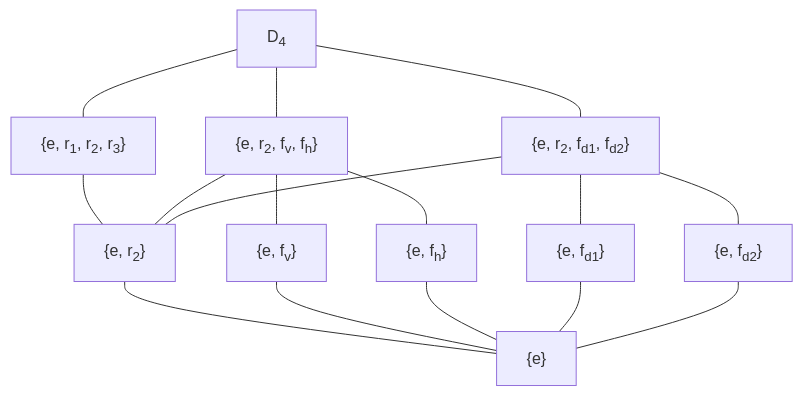
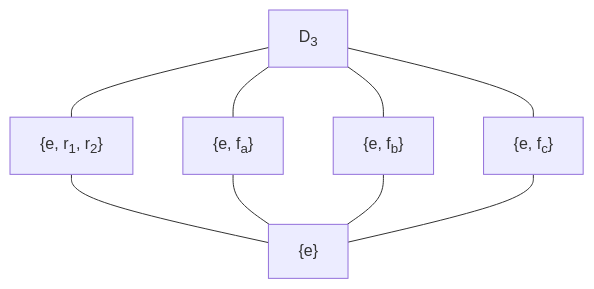
One commit to gwb-ci/math393 changed the third of 4 diagrams in classes/07/slides.qmd. Above: the diagram before and after it, drawn with Mermaid. The commit also changed other lines of this file and 36 other files, not shown here.

````diff
--- a/classes/07/slides.qmd
+++ b/classes/07/slides.qmd
@@ -452,35 +176,19 @@
 ```{mermaid}
 flowchart TB
-    D4["D<sub>4</sub>"]
-
-    R["{e, r<sub>1</sub>, r<sub>2</sub>, r<sub>3</sub>}"]
-    VH["{e, r<sub>2</sub>, f<sub>v</sub>, f<sub>h</sub>}"]
-    DD["{e, r<sub>2</sub>, f<sub>d1</sub>, f<sub>d2</sub>}"]
-
-    R2["{e, r<sub>2</sub>}"]
-    FV["{e, f<sub>v</sub>}"]
-    FH["{e, f<sub>h</sub>}"]
-    FD1["{e, f<sub>d1</sub>}"]
-    FD2["{e, f<sub>d2</sub>}"]
-
+    D3["D<sub>3</sub>"]
+    R["{e, r<sub>1</sub>, r<sub>2</sub>}"]
+    Fa["{e, f<sub>a</sub>}"]
+    Fb["{e, f<sub>b</sub>}"]
+    Fc["{e, f<sub>c</sub>}"]
     E["{e}"]
 
-    D4 --- R
-    D4 --- VH
-    D4 --- DD
+    D3 --- R
+    D3 --- Fa
+    D3 --- Fb
+    D3 --- Fc
 
-    R --- R2
-    VH --- R2
-    DD --- R2
-
-    VH --- FV
-    VH --- FH
-    DD --- FD1
-    DD --- FD2
-
-    R2 --- E
-    FV --- E
-    FH --- E
-    FD1 --- E
-    FD2 --- E
+    R --- E
+    Fa --- E
+    Fb --- E
+    Fc --- E
 ```
````
